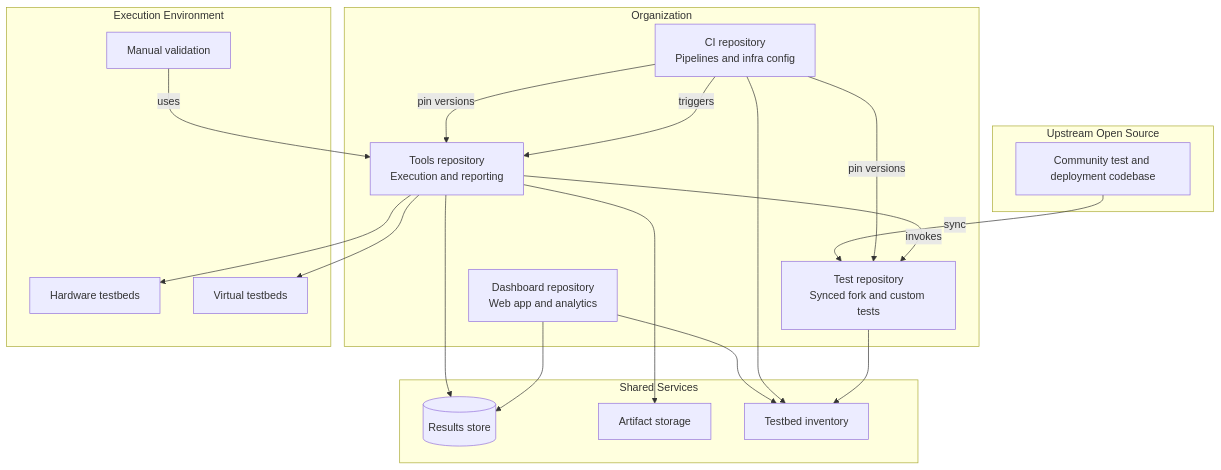
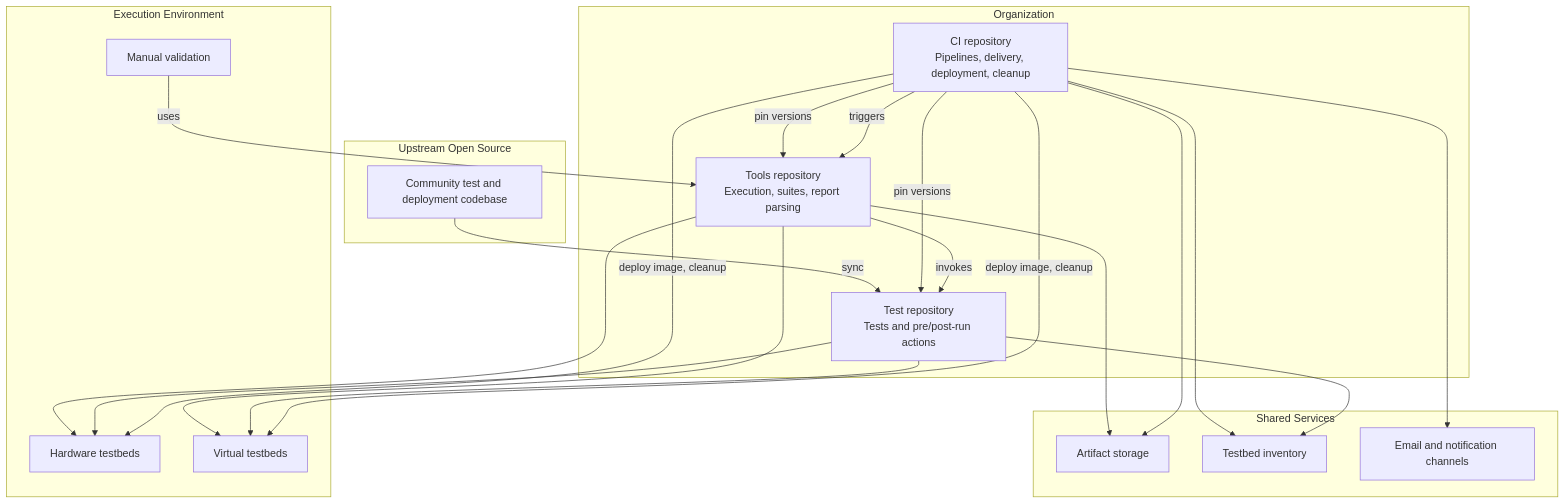
One commit to yuriilisovskyi/sonic-mgmt changed the diagram in docs/validation-repository-architecture.md. Above: the diagram before and after it, drawn with Mermaid. The commit also changed other lines of this file, not shown here.

First line of the commit message:
docs: refine validation architecture to three-repository model

````diff
--- a/docs/validation-repository-architecture.md
+++ b/docs/validation-repository-architecture.md
@@ -22,40 +21,42 @@
 ```mermaid
 flowchart TB
     subgraph upstream [Upstream Open Source]
         UP[Community test and deployment codebase]
     end
 
     subgraph org [Organization]
-        R1[Test repository<br/>Synced fork and custom tests]
-        R2[Tools repository<br/>Execution and reporting]
-        R3[CI repository<br/>Pipelines and infra config]
-        R4[Dashboard repository<br/>Web app and analytics]
+        R1[Test repository<br/>Tests and pre/post-run actions]
+        R2[Tools repository<br/>Execution, suites, report parsing]
+        R3[CI repository<br/>Pipelines, delivery, deployment, cleanup]
     end
 
     subgraph runtime [Execution Environment]
         HW[Hardware testbeds]
         VS[Virtual testbeds]
         MAN[Manual validation]
     end
 
     subgraph data [Shared Services]
-        RES[(Results store)]
         ART[Artifact storage]
         INV[Testbed inventory]
+        NOTIFY[Email and notification channels]
     end
 
     UP -->|sync| R1
     R3 -->|pin versions| R1
     R3 -->|pin versions| R2
     R2 -->|invokes| R1
     R3 -->|triggers| R2
     MAN -->|uses| R2
     R2 --> HW
     R2 --> VS
-    R2 --> RES
+    R1 --> HW
+    R1 --> VS
+    R3 -->|deploy image, cleanup| HW
+    R3 -->|deploy image, cleanup| VS
     R2 --> ART
-    R4 --> RES
-    R4 --> INV
+    R3 --> ART
+    R3 --> NOTIFY
     R3 --> INV
     R1 --> INV
 ```
````
